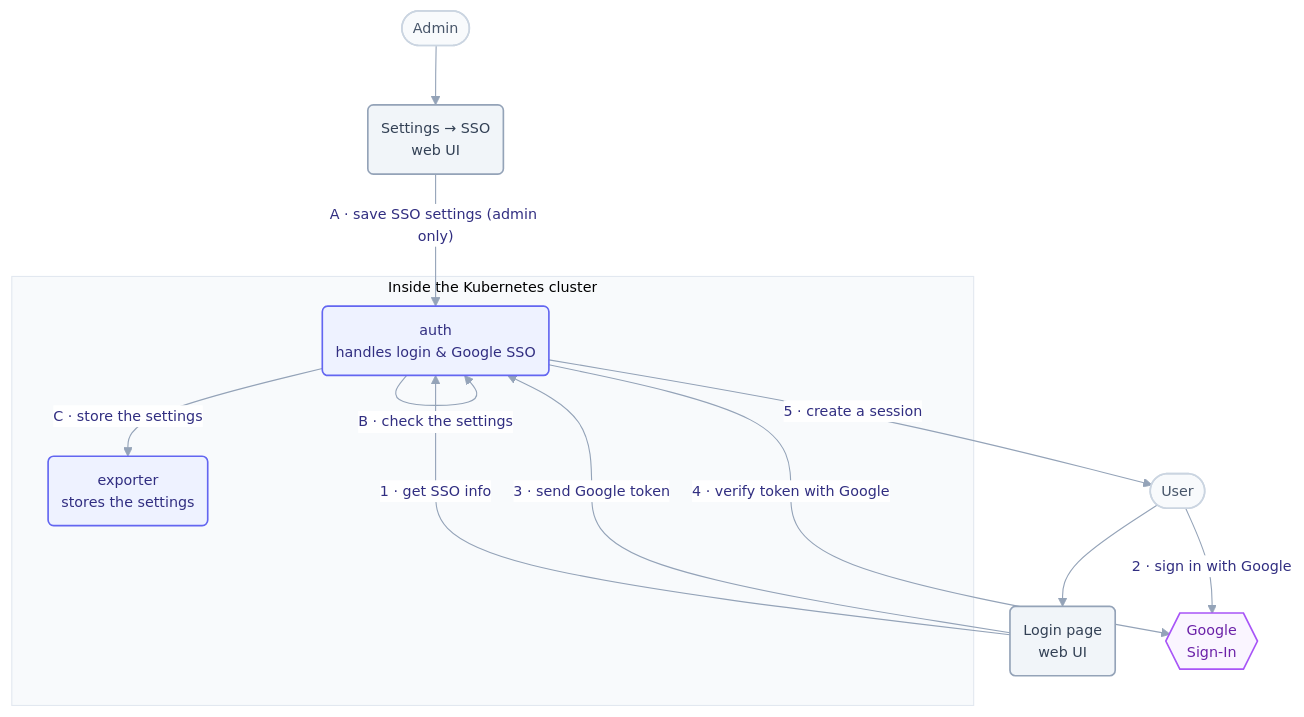
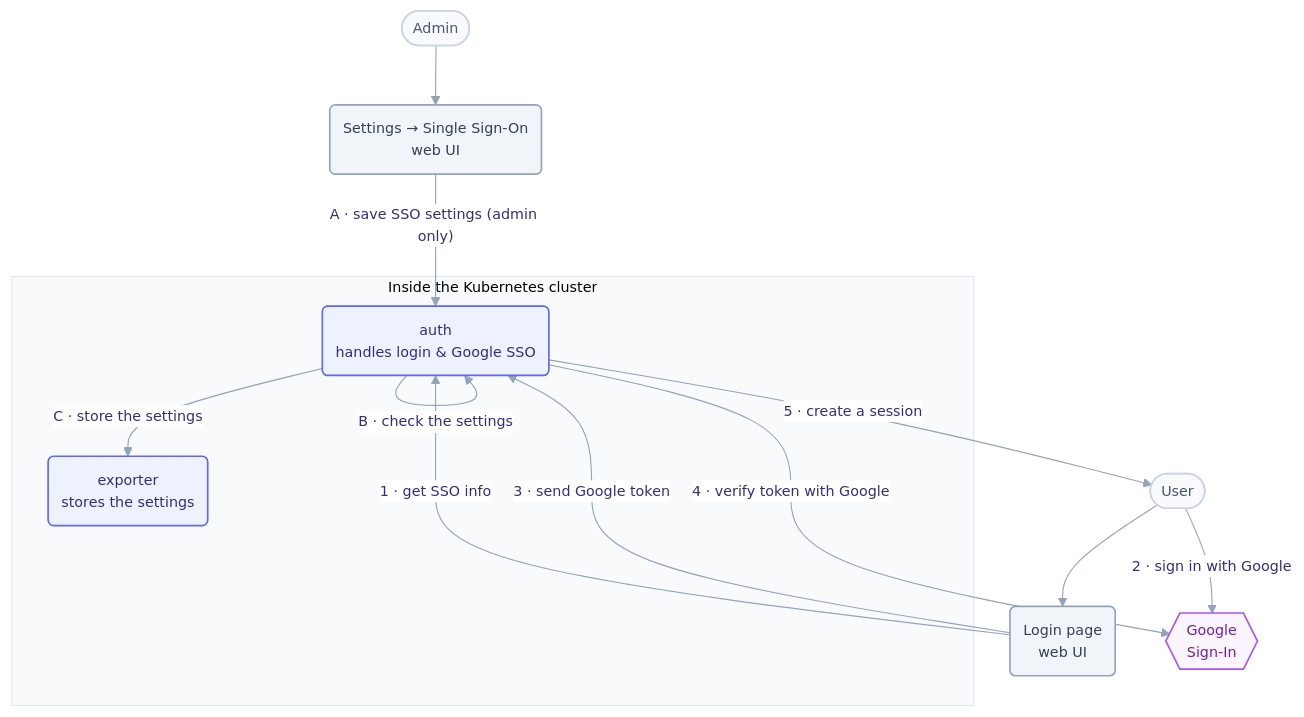
One commit to telark/telark changed the diagram in services/auth/OIDC.md. Above: the diagram before and after it, drawn with Mermaid. The commit also changed other lines of this file and 189 other files, not shown here.

````diff
--- a/services/auth/OIDC.md
+++ b/services/auth/OIDC.md
@@ -7,32 +7,32 @@
 ```mermaid
 %%{init: {"theme":"base","themeVariables":{"fontFamily":"ui-sans-serif, system-ui, -apple-system, Segoe UI, Roboto, sans-serif","fontSize":"13px","lineColor":"#94a3b8","primaryColor":"#eef2ff","primaryBorderColor":"#6366f1","primaryTextColor":"#312e81","edgeLabelBackground":"#ffffff","clusterBkg":"#f8fafc","clusterBorder":"#e2e8f0"},"flowchart":{"curve":"basis","htmlLabels":true,"nodeSpacing":46,"rankSpacing":54,"padding":12}}}%%
 flowchart TB
     admin(["Admin"]):::actor
     user(["User"]):::actor
-    settings("Settings → SSO<br/>web UI"):::client
+    settings("Settings → Single Sign-On<br/>web UI"):::client
     login("Login page<br/>web UI"):::client
 
     subgraph cluster["Inside the Kubernetes cluster"]
         auth("auth<br/>handles login &amp; Google SSO"):::svc
         exp("exporter<br/>stores the settings"):::svc
     end
 
     google{{"Google<br/>Sign-In"}}:::ext
 
     admin --> settings
     settings -->|"A · save SSO settings (admin only)"| auth
     auth -->|"B · check the settings"| auth
     auth -->|"C · store the settings"| exp
 
     user --> login
     login -->|"1 · get SSO info"| auth
     user -->|"2 · sign in with Google"| google
     login -->|"3 · send Google token"| auth
     auth -->|"4 · verify token with Google"| google
     auth -->|"5 · create a session"| user
 
     classDef svc fill:#eef2ff,stroke:#6366f1,stroke-width:1.5px,color:#312e81;
     classDef ext fill:#faf5ff,stroke:#a855f7,stroke-width:1.5px,color:#6b21a8;
     classDef client fill:#f1f5f9,stroke:#94a3b8,stroke-width:1.5px,color:#334155;
     classDef actor fill:#f8fafc,stroke:#cbd5e1,stroke-width:1.5px,color:#475569;
 ```
````
